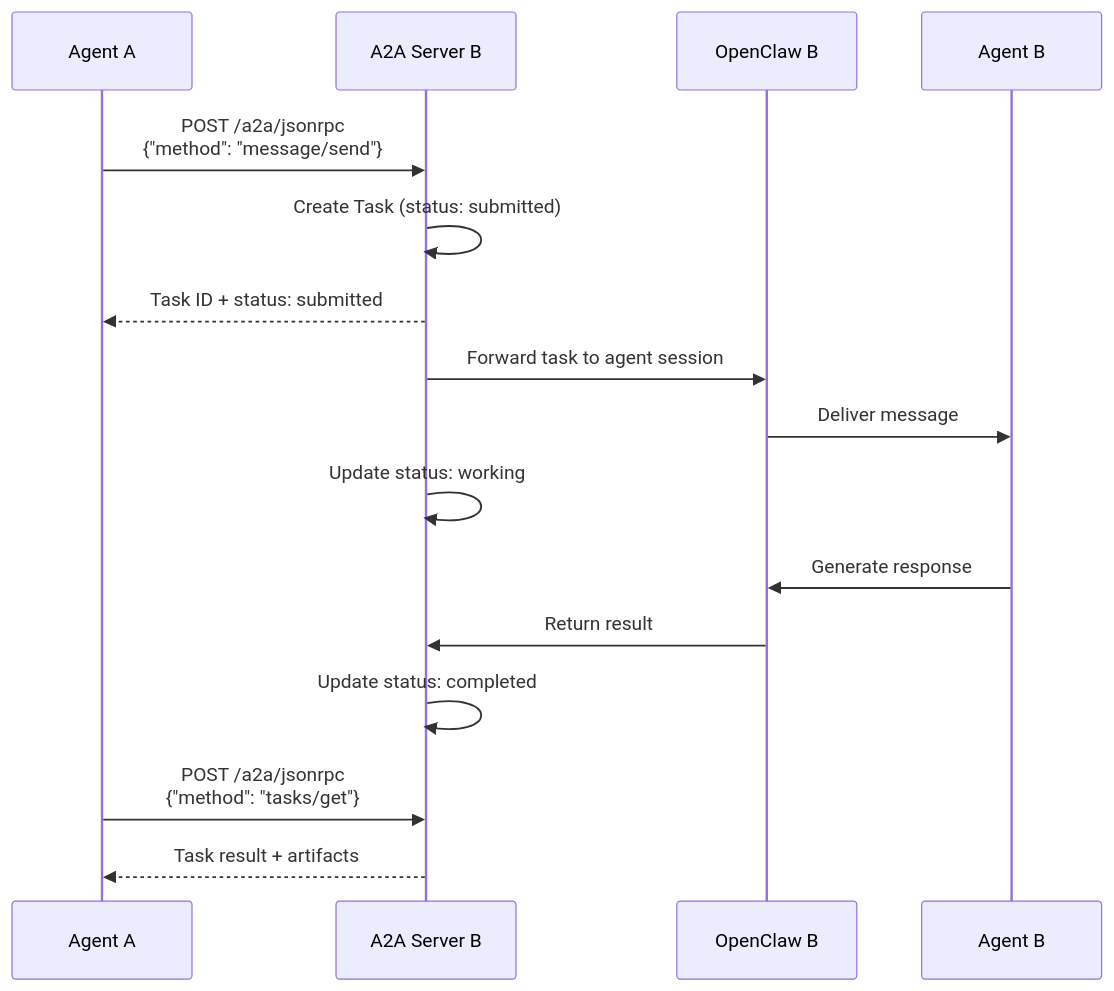
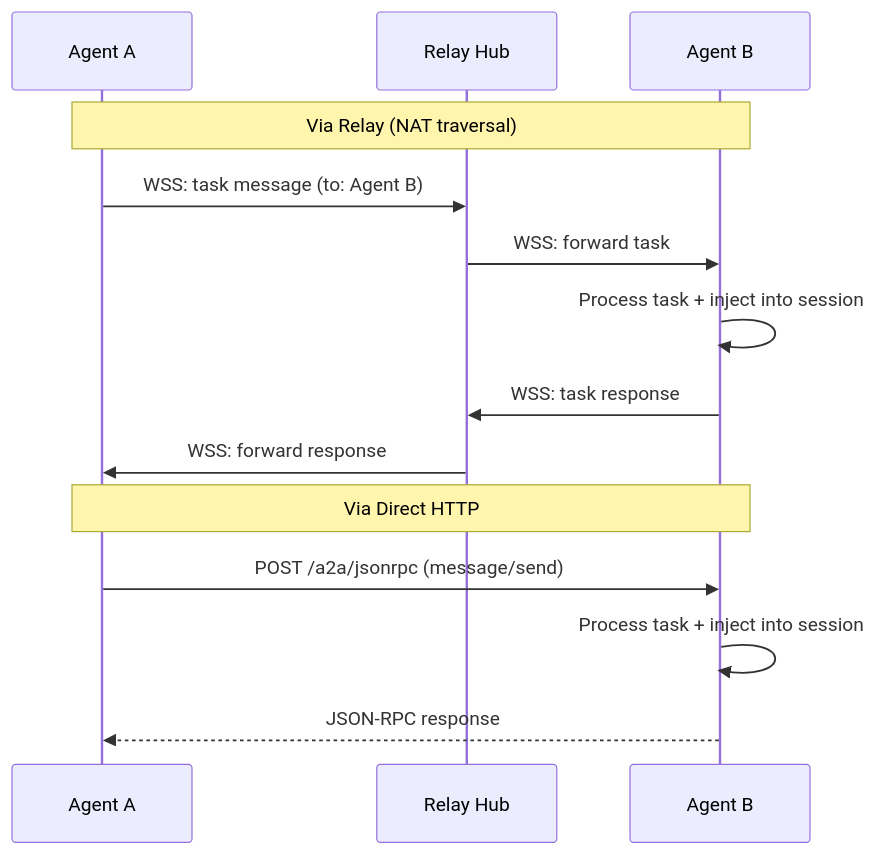
The third of 3 diagrams in README.md (PerkOS-xyz/PerkOS-A2A), drawn with Mermaid before and after one commit. The commit also changed other lines of this file and 9 other files, not shown here.

First line of the commit message:
Add A2A Relay Hub for NAT traversal (#1)

````diff
--- a/README.md
+++ b/README.md
@@ -82,22 +133,18 @@
 ```mermaid
 sequenceDiagram
     participant Agent A
-    participant A2A Server B
-    participant OpenClaw B
+    participant Relay Hub
     participant Agent B
 
-    Agent A->>A2A Server B: POST /a2a/jsonrpc<br/>{"method": "message/send"}
-    A2A Server B->>A2A Server B: Create Task (status: submitted)
-    A2A Server B-->>Agent A: Task ID + status: submitted
+    Note over Agent A,Agent B: Via Relay (NAT traversal)
+    Agent A->>Relay Hub: WSS: task message (to: Agent B)
+    Relay Hub->>Agent B: WSS: forward task
+    Agent B->>Agent B: Process task + inject into session
+    Agent B->>Relay Hub: WSS: task response
+    Relay Hub->>Agent A: WSS: forward response
 
-    A2A Server B->>OpenClaw B: Forward task to agent session
-    OpenClaw B->>Agent B: Deliver message
-    A2A Server B->>A2A Server B: Update status: working
-
-    Agent B->>OpenClaw B: Generate response
-    OpenClaw B->>A2A Server B: Return result
-    A2A Server B->>A2A Server B: Update status: completed
-
-    Agent A->>A2A Server B: POST /a2a/jsonrpc<br/>{"method": "tasks/get"}
-    A2A Server B-->>Agent A: Task result + artifacts
+    Note over Agent A,Agent B: Via Direct HTTP
+    Agent A->>Agent B: POST /a2a/jsonrpc (message/send)
+    Agent B->>Agent B: Process task + inject into session
+    Agent B-->>Agent A: JSON-RPC response
 ```
````
